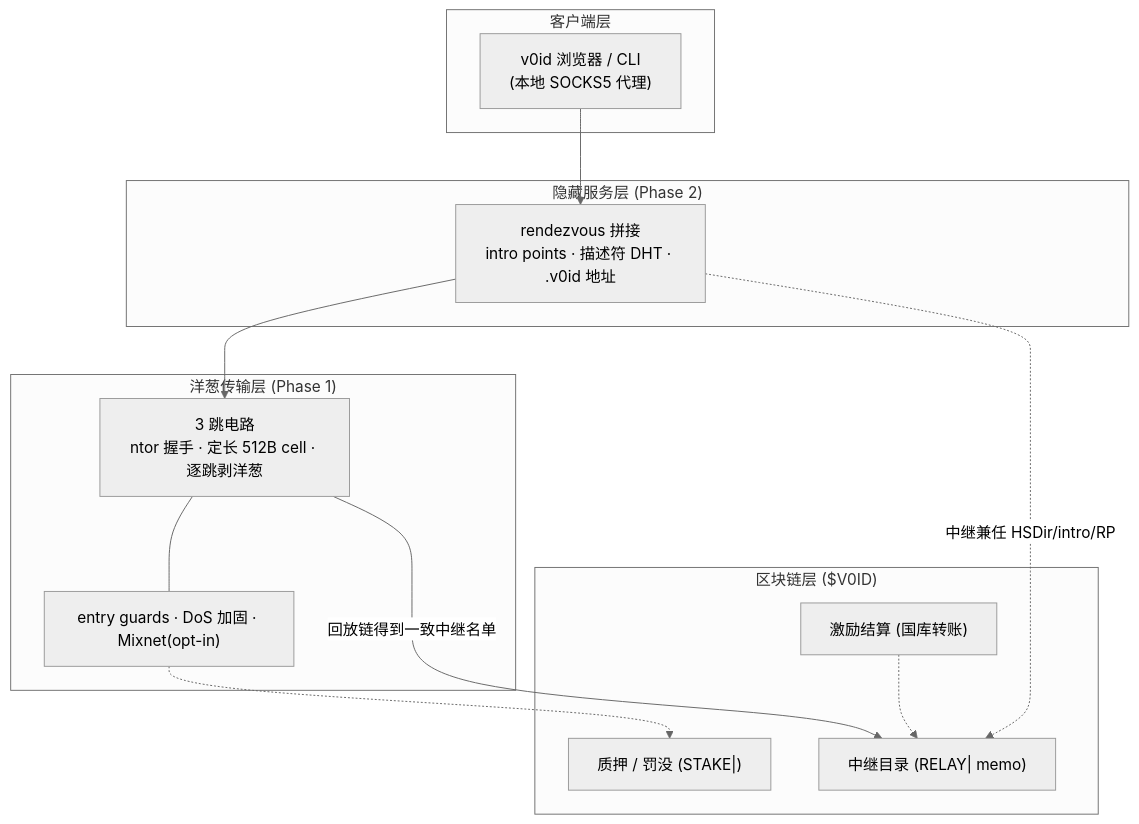
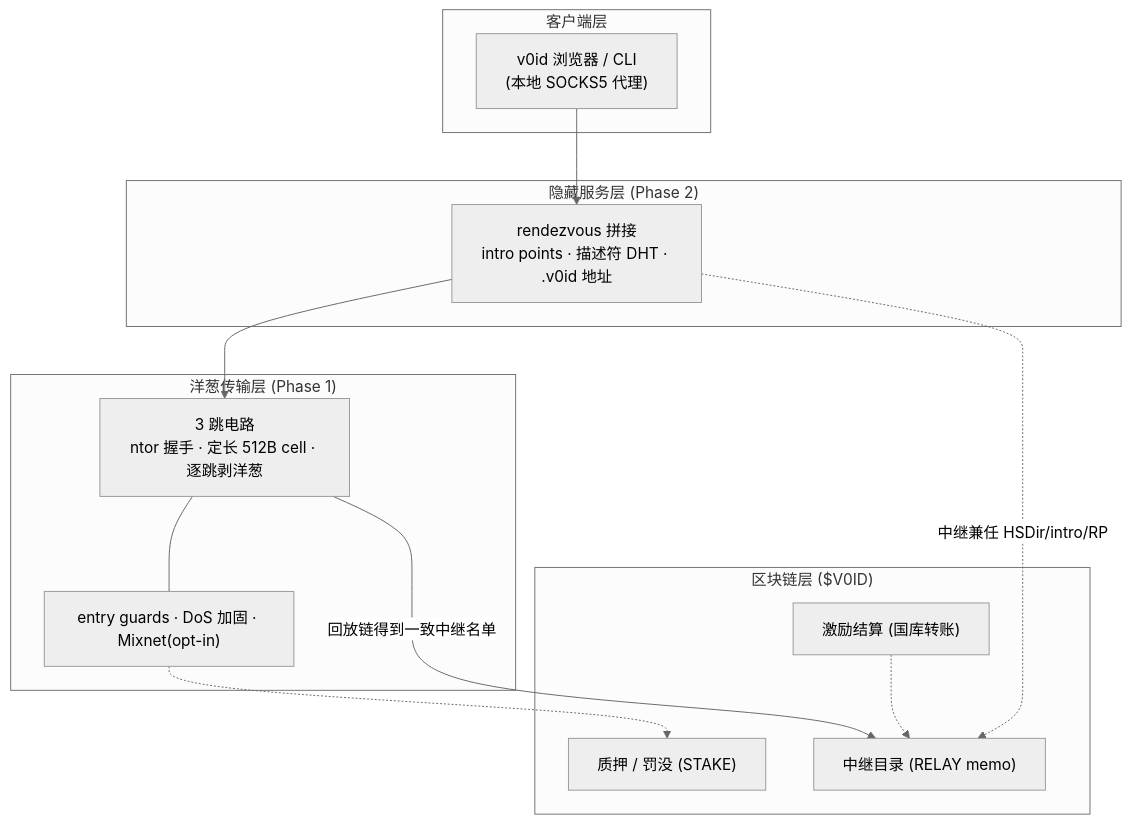
The first of 4 diagrams in docs/v0idnet/ARCHITECTURE.md (v0id-byte/v0idchain), drawn with Mermaid (neutral theme) before and after one commit. The commit also changed other lines of this file, not shown here.

Commit message:
docs(v0idnet): 修 ARCHITECTURE mermaid（拆链式箭头 + 去节点标签里的 |）

````diff
--- a/docs/v0idnet/ARCHITECTURE.md
+++ b/docs/v0idnet/ARCHITECTURE.md
@@ -12,24 +12,24 @@
 ```mermaid
 flowchart TB
   subgraph CL["客户端层"]
     BR["v0id 浏览器 / CLI<br/>(本地 SOCKS5 代理)"]
   end
   subgraph HS["隐藏服务层 (Phase 2)"]
     RDV["rendezvous 拼接<br/>intro points · 描述符 DHT · .v0id 地址"]
   end
   subgraph OT["洋葱传输层 (Phase 1)"]
     CIR["3 跳电路<br/>ntor 握手 · 定长 512B cell · 逐跳剥洋葱"]
     GRD["entry guards · DoS 加固 · Mixnet(opt-in)"]
   end
   subgraph BC["区块链层 ($V0ID)"]
-    DIR["中继目录 (RELAY| memo)"]
-    STK["质押 / 罚没 (STAKE|)"]
+    DIR["中继目录 (RELAY memo)"]
+    STK["质押 / 罚没 (STAKE)"]
     PAY["激励结算 (国库转账)"]
   end
   BR --> RDV --> CIR
   CIR --- GRD
   CIR -->|"回放链得到一致中继名单"| DIR
   RDV -.->|"中继兼任 HSDir/intro/RP"| DIR
   GRD -.-> STK
   PAY -.-> DIR
 ```
````
